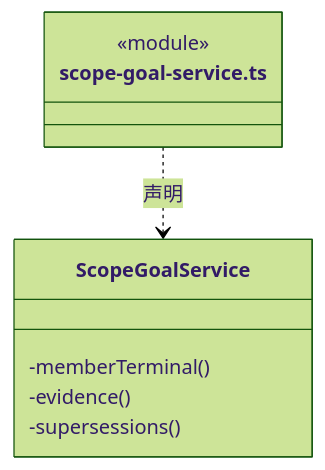
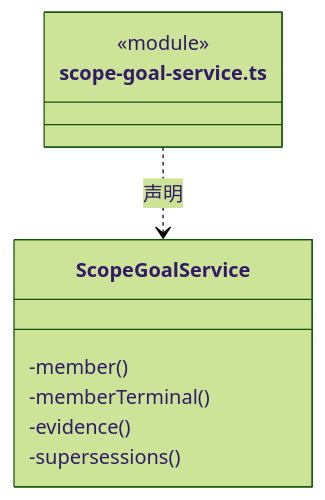
Before and after one commit to nan023062/cbim: diagram 13 of 25 in src/logic/tasks/runtime/ARCHITECTURE.md, drawn with Mermaid (forest theme). The commit also changed other lines of this file and 139 other files, not shown here.

Commit message:
docs(architecture): add source reading paths and complete file inventories

````diff
--- a/src/logic/tasks/runtime/ARCHITECTURE.md
+++ b/src/logic/tasks/runtime/ARCHITECTURE.md
@@ -321,12 +332,13 @@
 ```mermaid
 classDiagram
 class N_src_logic_tasks_runtime_scope_goal_service_ts["scope-goal-service.ts"] {
   <<module>>
 }
 class N_src_logic_tasks_runtime_scope_goal_service_ts_ScopeGoalService["ScopeGoalService"] {
+  -member()
   -memberTerminal()
   -evidence()
   -supersessions()
 }
 N_src_logic_tasks_runtime_scope_goal_service_ts ..> N_src_logic_tasks_runtime_scope_goal_service_ts_ScopeGoalService : 声明
 ```
````
